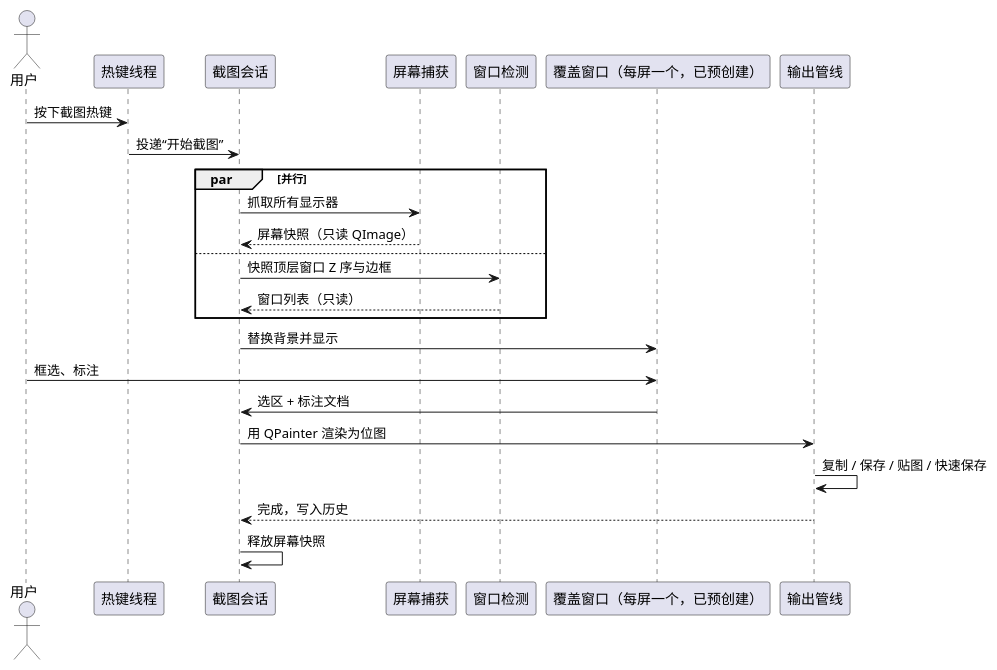
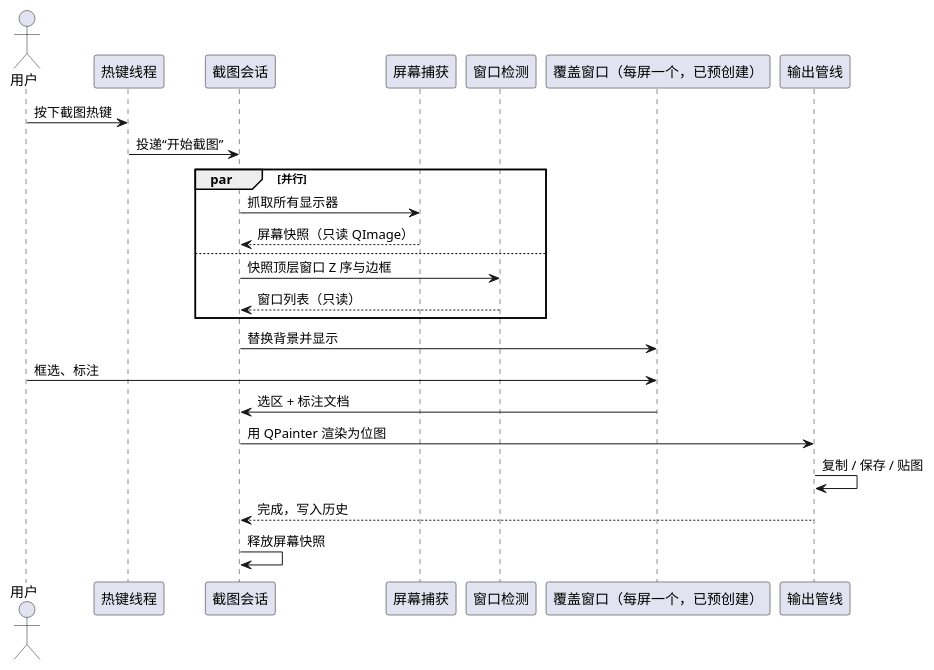
One commit to crvsrvn/ScreenShot changed the second of 5 diagrams in docs/02-architecture.md. Above: the diagram before and after it, drawn with PlantUML. The commit also changed other lines of this file and 88 other files, not shown here.

````diff
--- a/docs/02-architecture.md
+++ b/docs/02-architecture.md
@@ -291,28 +289,28 @@
 ```plantuml caption="截图流程（数据单向流动）"
 @startuml
 skinparam shadowing false
 actor 用户
 participant "热键线程" as H
 participant "截图会话" as S
 participant "屏幕捕获" as C
 participant "窗口检测" as W
 participant "覆盖窗口（每屏一个，已预创建）" as O
 participant "输出管线" as P
 用户 -> H : 按下截图热键
 H -> S : 投递“开始截图”
 par 并行
   S -> C : 抓取所有显示器
   C --> S : 屏幕快照（只读 QImage）
 else
   S -> W : 快照顶层窗口 Z 序与边框
   W --> S : 窗口列表（只读）
 end
 S -> O : 替换背景并显示
 用户 -> O : 框选、标注
 O -> S : 选区 + 标注文档
 S -> P : 用 QPainter 渲染为位图
-P -> P : 复制 / 保存 / 贴图 / 快速保存
+P -> P : 复制 / 保存 / 贴图
 P --> S : 完成，写入历史
 S -> S : 释放屏幕快照
 @enduml
 ```
````
